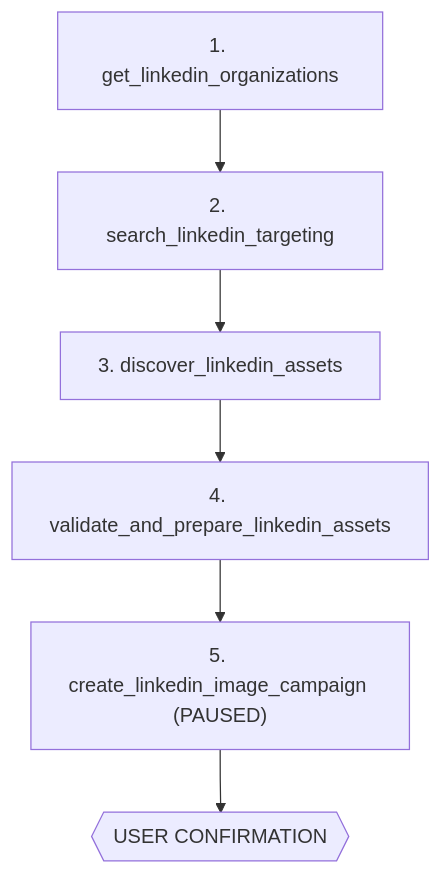
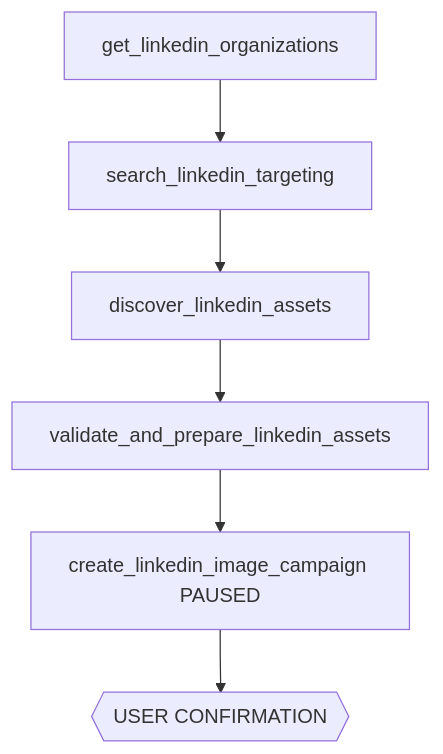
The fifth of 8 diagrams in agent-skills/workflows.mdx (Adspirer/docs), drawn with Mermaid before and after one commit. The commit also changed other lines of this file and 1 other file, not shown here.

First line of the commit message:
Fix Mermaid rendering: remove quotes, numbered prefixes, and special chars from node labels

````diff
--- a/agent-skills/workflows.mdx
+++ b/agent-skills/workflows.mdx
@@ -189,8 +189,8 @@
 ```mermaid
 flowchart TD
-    A["1. get_linkedin_organizations"] --> B["2. search_linkedin_targeting"]
-    B --> C["3. discover_linkedin_assets"]
-    C --> D["4. validate_and_prepare_linkedin_assets"]
-    D --> E["5. create_linkedin_image_campaign (PAUSED)"]
-    E --> F{{"USER CONFIRMATION"}}
+    A[get_linkedin_organizations] --> B[search_linkedin_targeting]
+    B --> C[discover_linkedin_assets]
+    C --> D[validate_and_prepare_linkedin_assets]
+    D --> E[create_linkedin_image_campaign PAUSED]
+    E --> F{{USER CONFIRMATION}}
 ```
````
